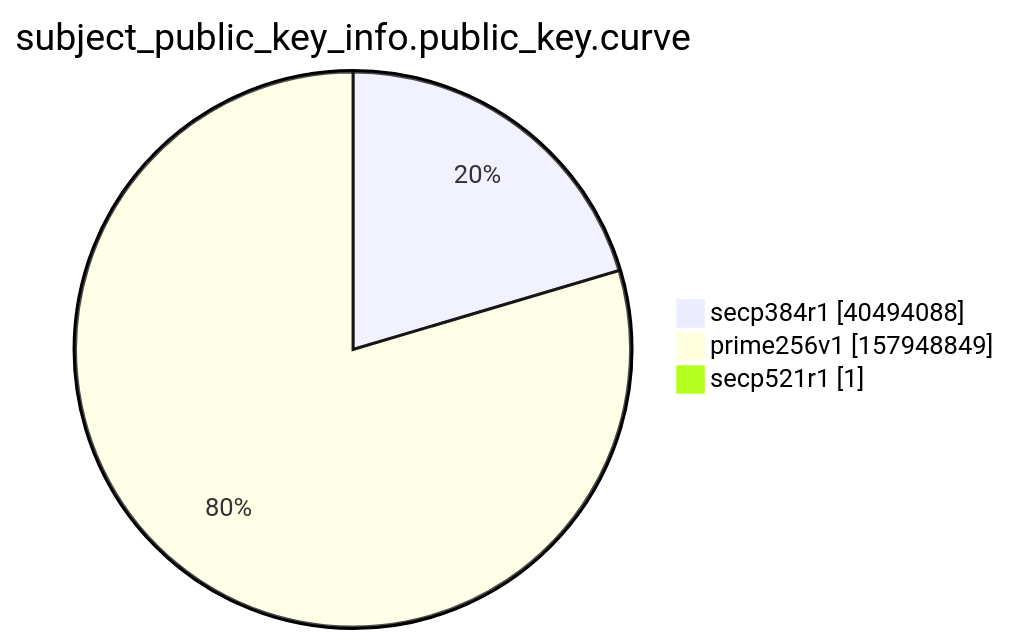
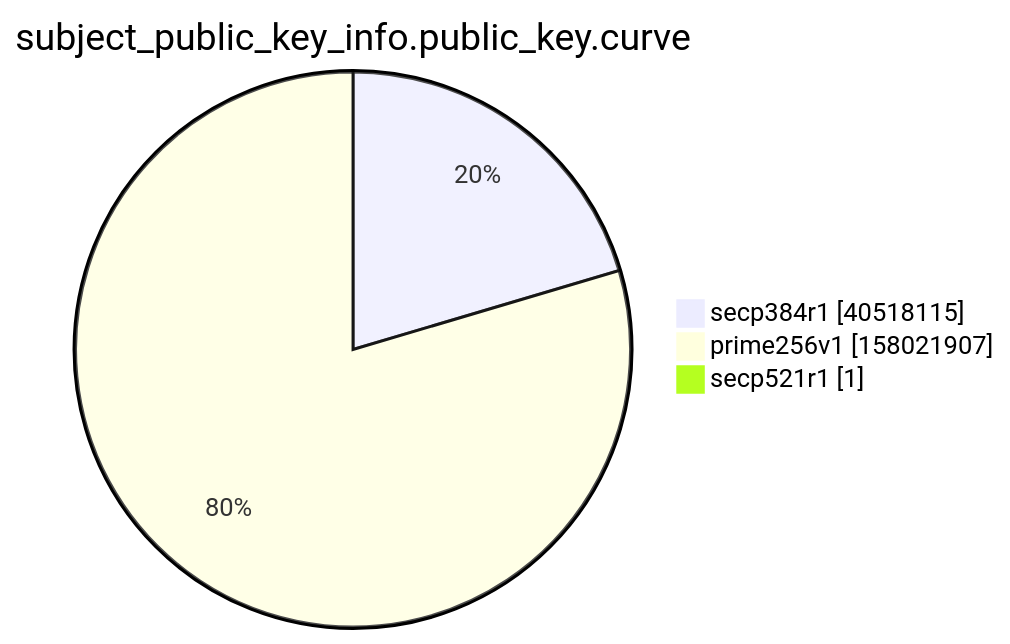
One commit to christiankrug/ctmonitor_visualization changed the ninth of 15 diagrams in xenon2022/README.md. Above: the diagram before and after it, drawn with Mermaid. The commit also changed other lines of this file, not shown here.

````diff
--- a/xenon2022/README.md
+++ b/xenon2022/README.md
@@ -2866,7 +2867,7 @@
 ```mermaid
 pie showData
 title subject_public_key_info.public_key.curve
-"secp384r1" :40494088
-"prime256v1" :157948849
+"secp384r1" :40518115
+"prime256v1" :158021907
 "secp521r1" :1
 ```
````
